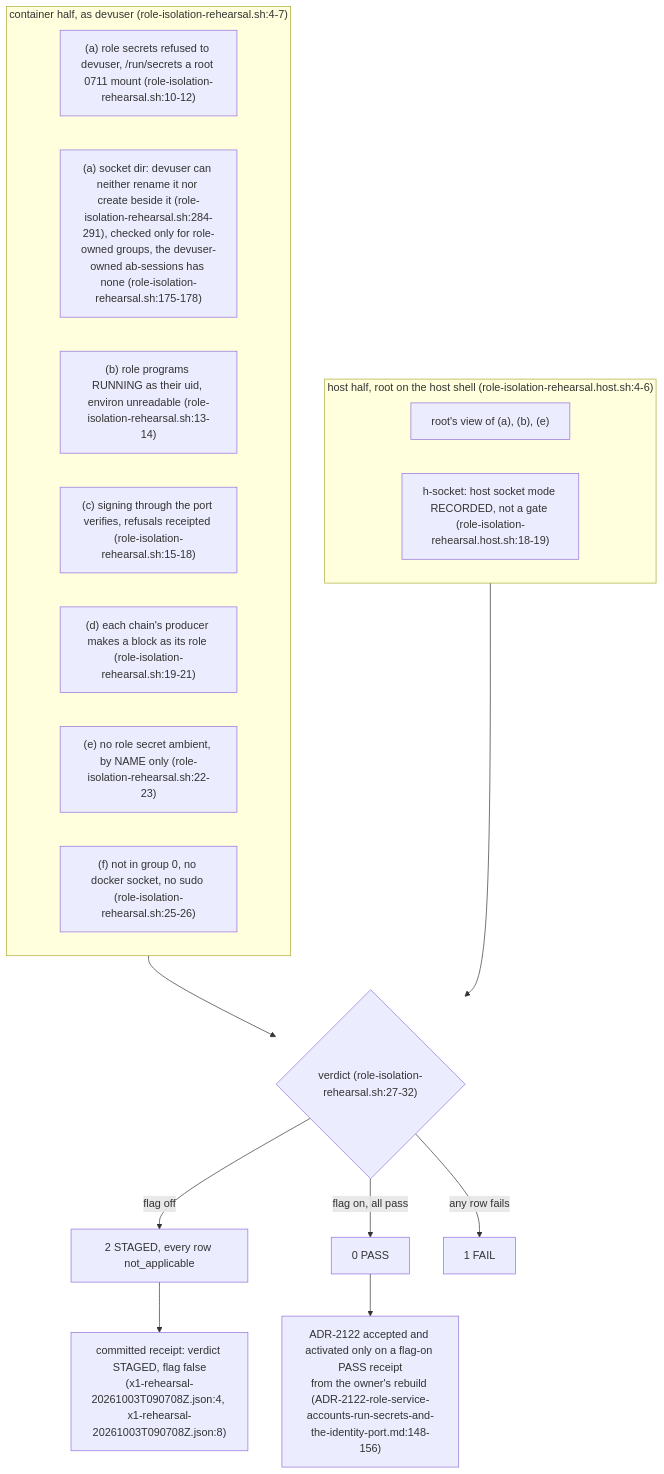
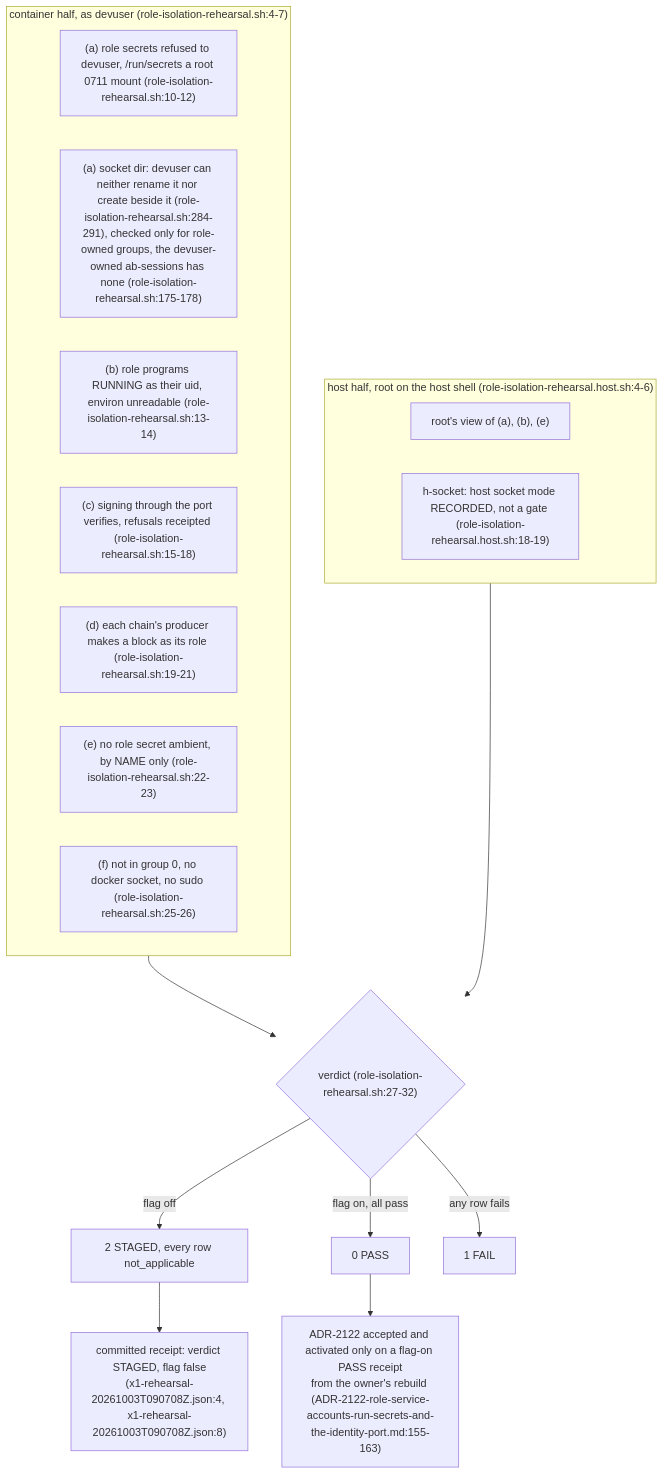
One commit to DreamLab-AI/VisionFlow changed the seventh of 7 diagrams in docs/diagrams/agentbox/36-role-isolation-and-identity-port.md. Above: the diagram before and after it, drawn with Mermaid. The commit also changed other lines of this file and 151 other files, not shown here.

````diff
--- a/docs/diagrams/agentbox/36-role-isolation-and-identity-port.md
+++ b/docs/diagrams/agentbox/36-role-isolation-and-identity-port.md
@@ -237,24 +237,24 @@
 ```mermaid
 flowchart TB
     subgraph IN["container half, as devuser (role-isolation-rehearsal.sh:4-7)"]
         A["(a) role secrets refused to devuser, /run/secrets a root 0711 mount (role-isolation-rehearsal.sh:10-12)"]
         A2["(a) socket dir: devuser can neither rename it nor create beside it (role-isolation-rehearsal.sh:284-291), checked only for role-owned groups, the devuser-owned ab-sessions has none (role-isolation-rehearsal.sh:175-178)"]
         B["(b) role programs RUNNING as their uid, environ unreadable (role-isolation-rehearsal.sh:13-14)"]
         C["(c) signing through the port verifies, refusals receipted (role-isolation-rehearsal.sh:15-18)"]
         D["(d) each chain's producer makes a block as its role (role-isolation-rehearsal.sh:19-21)"]
         E["(e) no role secret ambient, by NAME only (role-isolation-rehearsal.sh:22-23)"]
         F["(f) not in group 0, no docker socket, no sudo (role-isolation-rehearsal.sh:25-26)"]
     end
     subgraph HOST["host half, root on the host shell (role-isolation-rehearsal.host.sh:4-6)"]
         H1["root's view of (a), (b), (e)"]
         H2["h-socket: host socket mode RECORDED, not a gate (role-isolation-rehearsal.host.sh:18-19)"]
     end
     V{"verdict (role-isolation-rehearsal.sh:27-32)"}
     IN --> V
     HOST --> V
     V -->|"flag off"| ST["2 STAGED, every row not_applicable"]
     V -->|"flag on, all pass"| PA["0 PASS"]
     V -->|"any row fails"| FA["1 FAIL"]
     ST --> REC["committed receipt: verdict STAGED, flag false<br/>(x1-rehearsal-20261003T090708Z.json:4, x1-rehearsal-20261003T090708Z.json:8)"]
-    PA --> ACC["ADR-2122 accepted and activated only on a flag-on PASS receipt<br/>from the owner's rebuild (ADR-2122-role-service-accounts-run-secrets-and-the-identity-port.md:148-156)"]
+    PA --> ACC["ADR-2122 accepted and activated only on a flag-on PASS receipt<br/>from the owner's rebuild (ADR-2122-role-service-accounts-run-secrets-and-the-identity-port.md:155-163)"]
 ```
````
